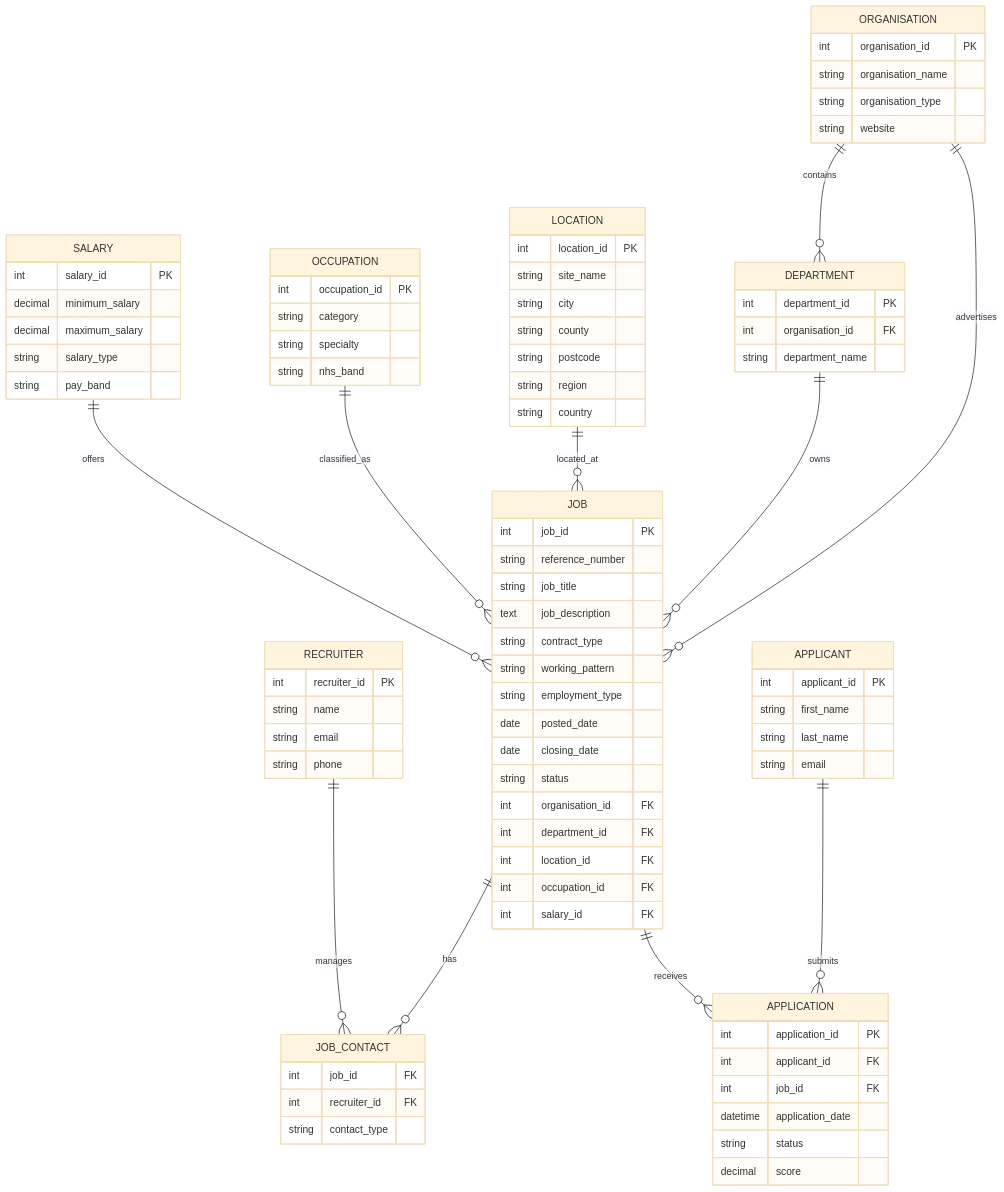
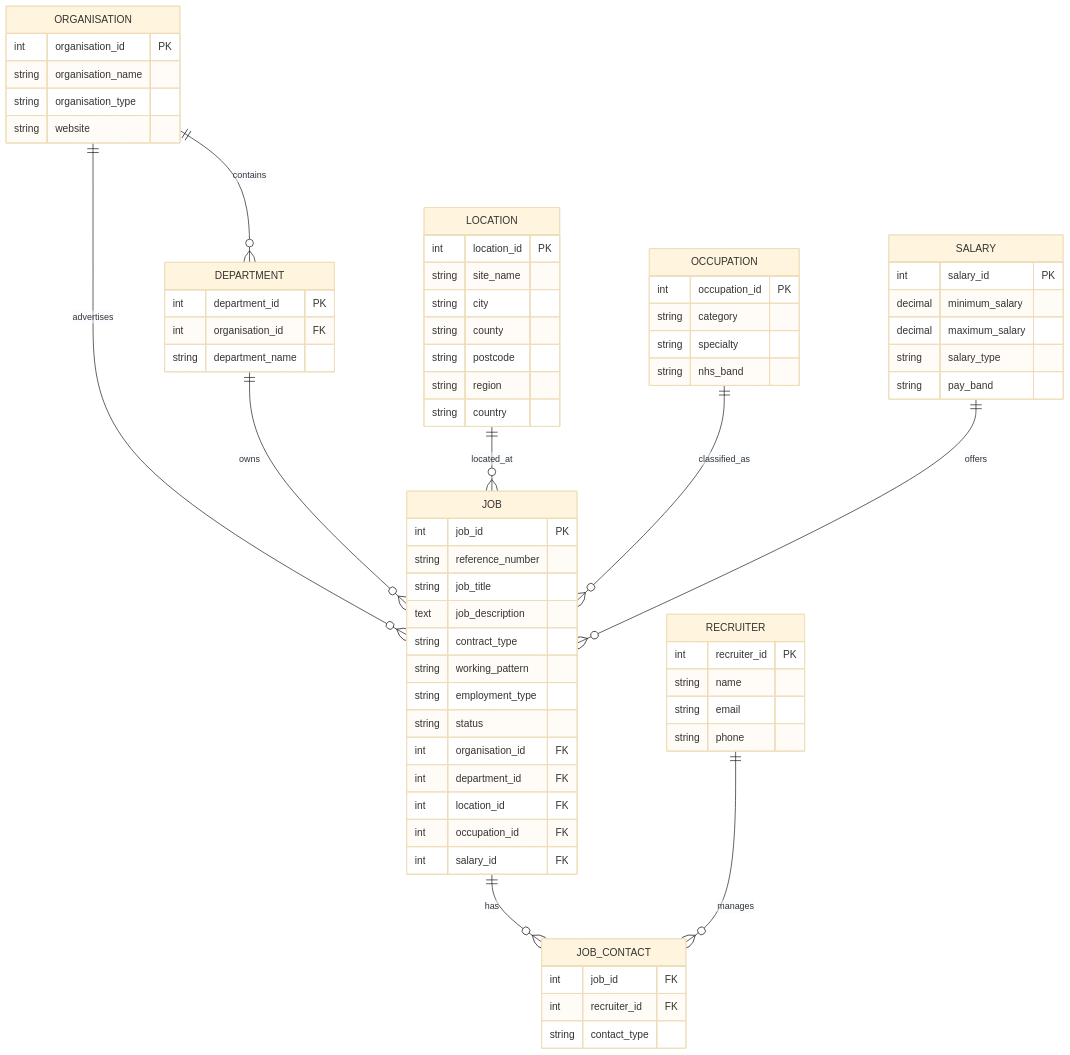
Before and after one commit to Mikeecee1/NHSProject: the diagram in NHSData.md, drawn with Mermaid (base theme). The commit also changed other lines of this file, not shown here.

Commit message:
Update db database & schema

````diff
--- a/NHSData.md
+++ b/NHSData.md
@@ -59,8 +61,6 @@
         string contract_type
         string working_pattern
         string employment_type
-        date posted_date
-        date closing_date
         string status
         int organisation_id FK
         int department_id FK
@@ -90,22 +90,6 @@
         string contact_type
     }
 
-    APPLICANT {
-        int applicant_id PK
-        string first_name
-        string last_name
-        string email
-    }
-
-    APPLICATION {
-        int application_id PK
-        int applicant_id FK
-        int job_id FK
-        datetime application_date
-        string status
-        decimal score
-    }
-
     ORGANISATION ||--o{ DEPARTMENT : contains
     ORGANISATION ||--o{ JOB : advertises
 
@@ -116,7 +100,4 @@
 
     JOB ||--o{ JOB_CONTACT : has
     RECRUITER ||--o{ JOB_CONTACT : manages
-
-    APPLICANT ||--o{ APPLICATION : submits
-    JOB ||--o{ APPLICATION : receives
 ```
````
